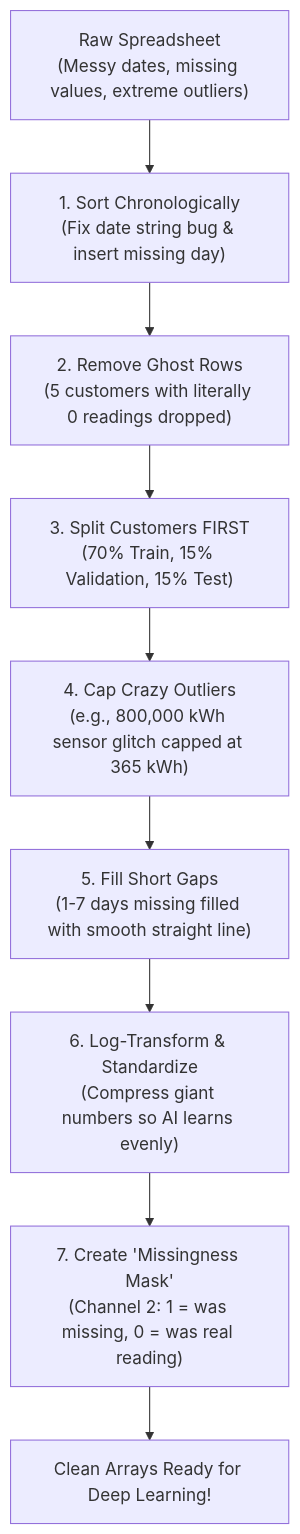
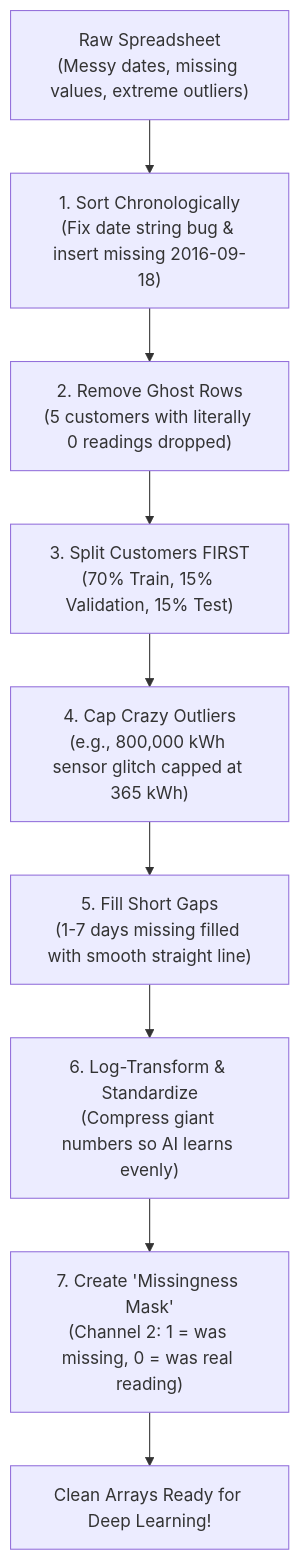
One commit to MTahaFarrukh/electricity-theft-detection-deep-learning changed the first of 3 diagrams in PROJECT_EXPLAINED.md. Above: the diagram before and after it, drawn with Mermaid. The commit also changed other lines of this file, not shown here.

````diff
--- a/PROJECT_EXPLAINED.md
+++ b/PROJECT_EXPLAINED.md
@@ -141,11 +136,11 @@
 ```mermaid
 flowchart TD
-    A["Raw Spreadsheet\n(Messy dates, missing values, extreme outliers)"] --> B["1. Sort Chronologically\n(Fix date string bug & insert missing day)"]
+    A["Raw Spreadsheet\n(Messy dates, missing values, extreme outliers)"] --> B["1. Sort Chronologically\n(Fix date string bug & insert missing 2016-09-18)"]
     B --> C["2. Remove Ghost Rows\n(5 customers with literally 0 readings dropped)"]
     C --> D["3. Split Customers FIRST\n(70% Train, 15% Validation, 15% Test)"]
     D --> E["4. Cap Crazy Outliers\n(e.g., 800,000 kWh sensor glitch capped at 365 kWh)"]
     E --> F["5. Fill Short Gaps\n(1-7 days missing filled with smooth straight line)"]
     F --> G["6. Log-Transform & Standardize\n(Compress giant numbers so AI learns evenly)"]
     G --> H["7. Create 'Missingness Mask'\n(Channel 2: 1 = was missing, 0 = was real reading)"]
     H --> I["Clean Arrays Ready for Deep Learning!"]
 ```
````
